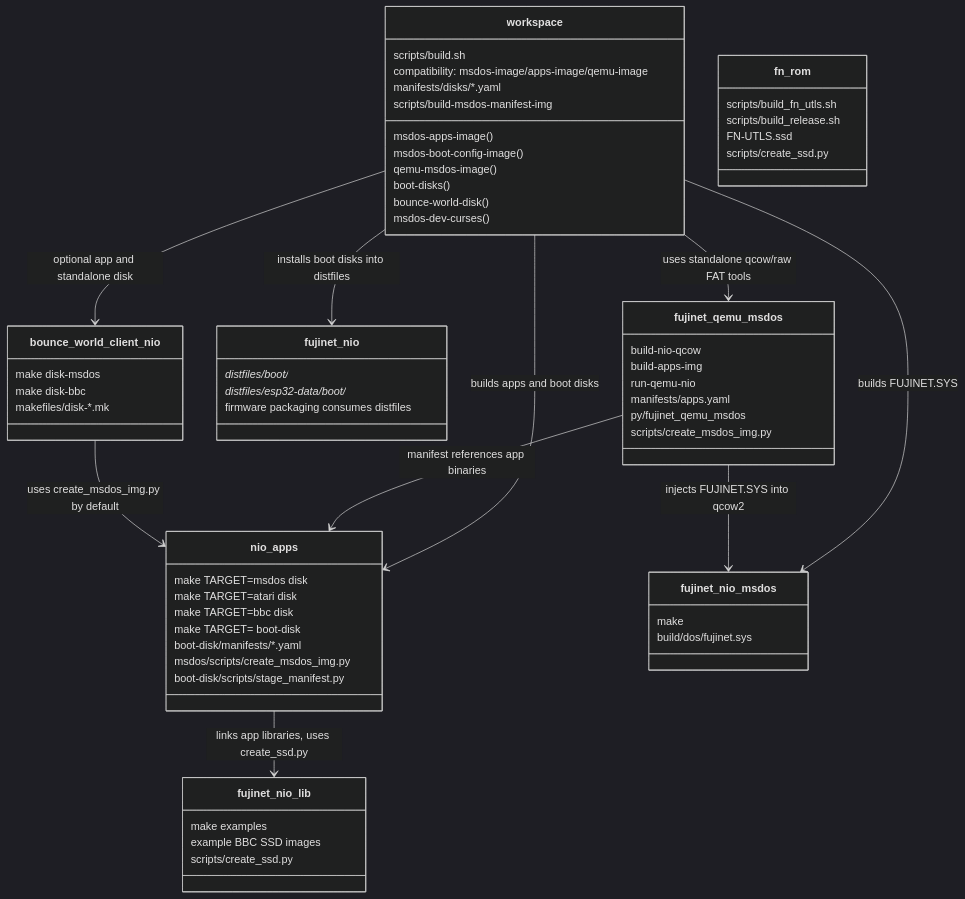
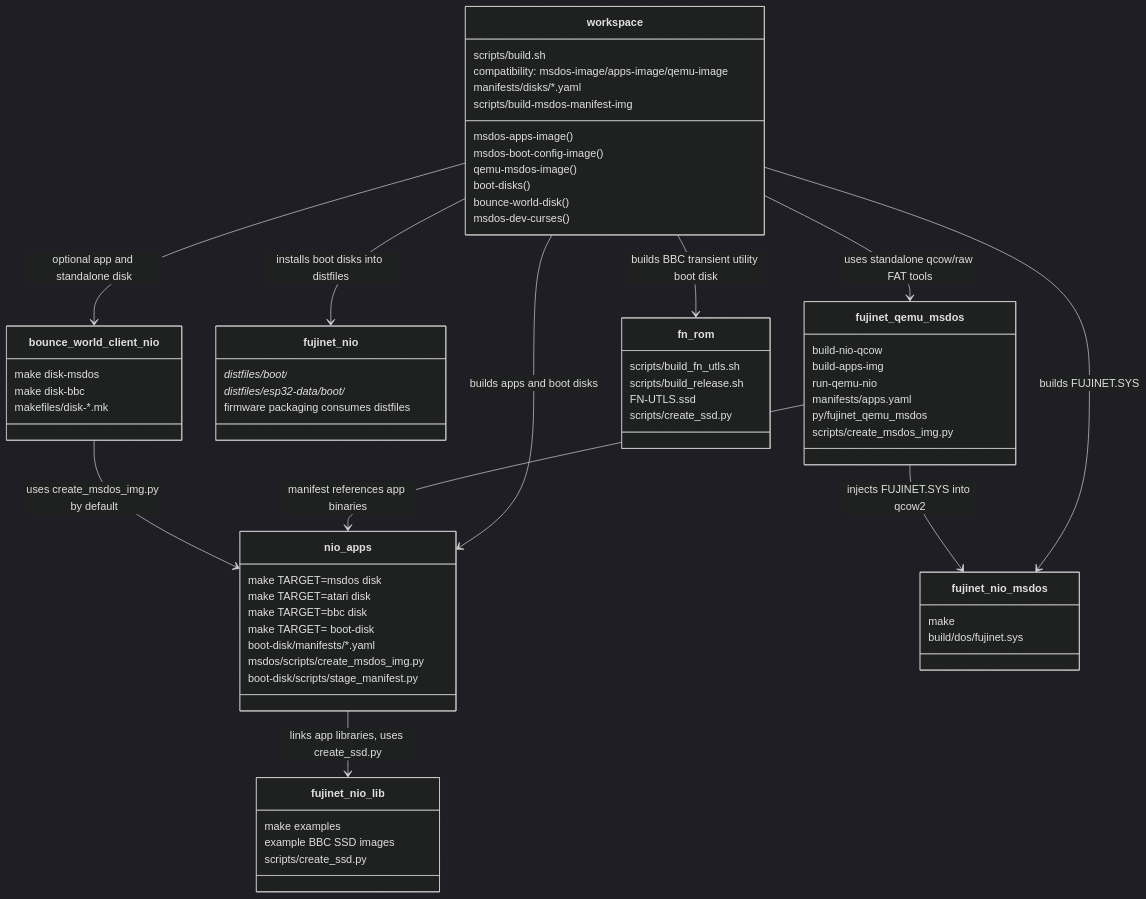
The diagram in docs/disk-image-builds.md (markjfisher/fujinet-nio-workspace), drawn with Mermaid (dark theme) before and after one commit. The commit also changed other lines of this file and 6 other files, not shown here.

````diff
--- a/docs/disk-image-builds.md
+++ b/docs/disk-image-builds.md
@@ -9,74 +9,75 @@
 ```mermaid
 classDiagram
     class workspace {
       scripts/build.sh
       msdos-apps-image()
       msdos-boot-config-image()
       qemu-msdos-image()
       compatibility: msdos-image/apps-image/qemu-image
       boot-disks()
       bounce-world-disk()
       msdos-dev-curses()
       manifests/disks/*.yaml
       scripts/build-msdos-manifest-img
     }
 
     class nio_apps {
       make TARGET=msdos disk
       make TARGET=atari disk
       make TARGET=bbc disk
       make TARGET=<platform> boot-disk
       boot-disk/manifests/*.yaml
       msdos/scripts/create_msdos_img.py
       boot-disk/scripts/stage_manifest.py
     }
 
     class fujinet_qemu_msdos {
       build-nio-qcow
       build-apps-img
       run-qemu-nio
       manifests/apps.yaml
       py/fujinet_qemu_msdos
       scripts/create_msdos_img.py
     }
 
     class fujinet_nio_msdos {
       make
       build/dos/fujinet.sys
     }
 
     class fujinet_nio {
       distfiles/boot/*
       distfiles/esp32-data/boot/*
       firmware packaging consumes distfiles
     }
 
     class fujinet_nio_lib {
       make examples
       example BBC SSD images
       scripts/create_ssd.py
     }
 
     class bounce_world_client_nio {
       make disk-msdos
       make disk-bbc
       makefiles/disk-*.mk
     }
 
     class fn_rom {
       scripts/build_fn_utls.sh
       scripts/build_release.sh
       FN-UTLS.ssd
       scripts/create_ssd.py
     }
 
     workspace --> nio_apps : builds apps and boot disks
+    workspace --> fn_rom : builds BBC transient utility boot disk
     workspace --> fujinet_qemu_msdos : uses standalone qcow/raw FAT tools
     workspace --> fujinet_nio_msdos : builds FUJINET.SYS
     workspace --> fujinet_nio : installs boot disks into distfiles
     workspace --> bounce_world_client_nio : optional app and standalone disk
     nio_apps --> fujinet_nio_lib : links app libraries, uses create_ssd.py
     fujinet_qemu_msdos --> fujinet_nio_msdos : injects FUJINET.SYS into qcow2
     fujinet_qemu_msdos --> nio_apps : manifest references app binaries
     bounce_world_client_nio --> nio_apps : uses create_msdos_img.py by default
 ```
````
